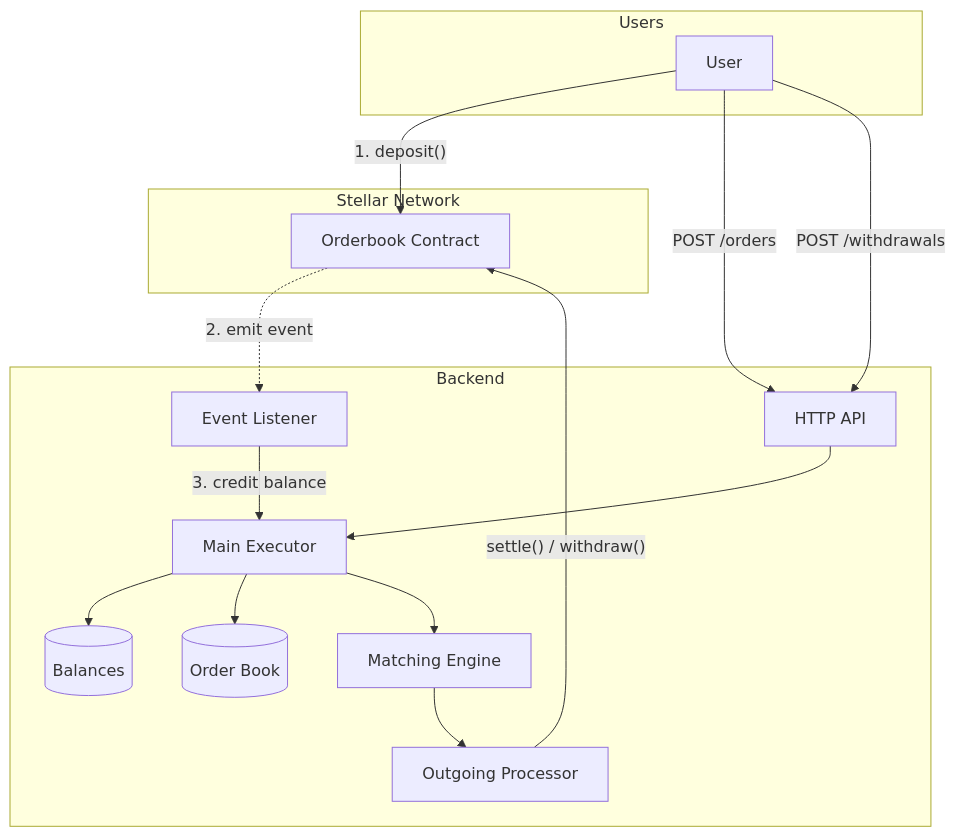
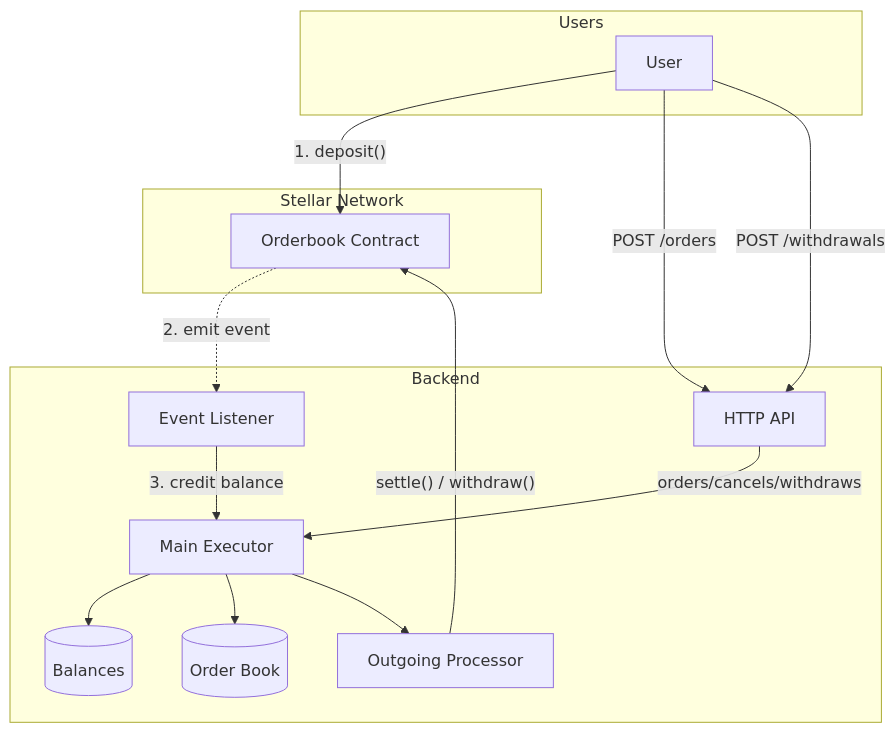
Before and after one commit to tomerweller/lumendark: the diagram in README.md, drawn with Mermaid.

Commit message:
Remove Matching Engine from flow diagram

````diff
--- a/README.md
+++ b/README.md
@@ -17,39 +17,37 @@
 ```mermaid
 flowchart TB
     subgraph Users
         U1[User]
     end
 
     subgraph Stellar["Stellar Network"]
         Contract[Orderbook Contract]
     end
 
     subgraph Backend
         API[HTTP API]
         Executor[Main Executor]
         Balances[(Balances)]
         OrderBook[(Order Book)]
-        Matching[Matching Engine]
         Outgoing[Outgoing Processor]
         Events[Event Listener]
     end
 
     %% Deposit flow
     U1 -->|"1. deposit()"| Contract
     Contract -.->|"2. emit event"| Events
     Events -->|"3. credit balance"| Executor
 
     %% Order flow
     U1 -->|"POST /orders"| API
-    API --> Executor
+    API --> |"orders/cancels/withdraws"| Executor
     Executor --> Balances
     Executor --> OrderBook
-    Executor --> Matching
-    Matching --> Outgoing
+    Executor --> Outgoing
 
     %% Settlement flow
     Outgoing -->|"settle() / withdraw()"| Contract
 
     %% Withdrawal flow
     U1 -->|"POST /withdrawals"| API
 ```
````
